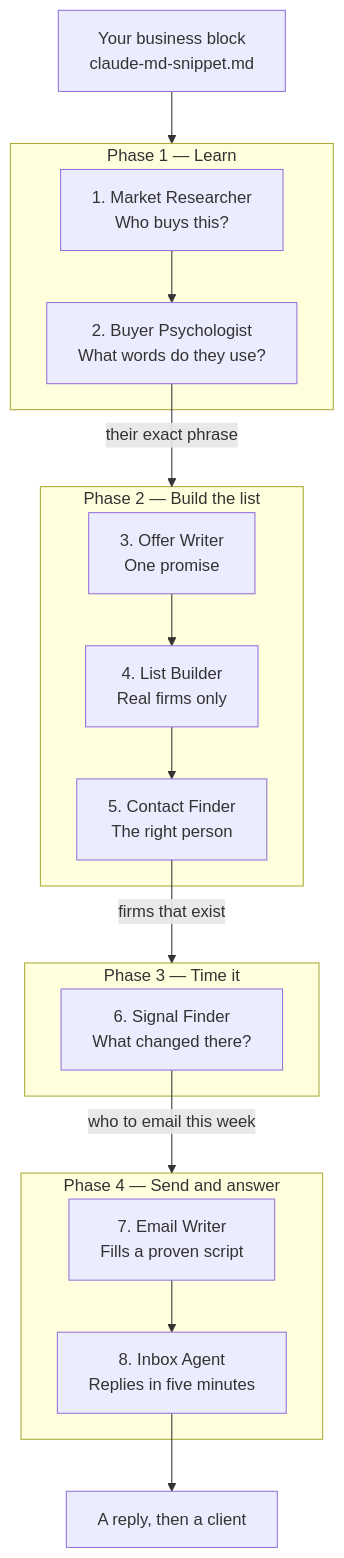
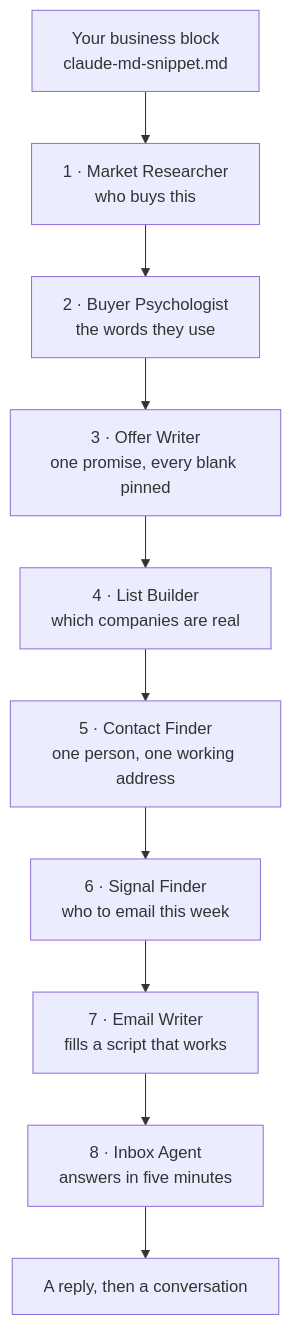
Before and after one commit to gary-chakraborty/gap-build-vault: the second of 2 diagrams in builds/outbound-agent-stack/README.md, drawn with Mermaid. The commit also changed other lines of this file, not shown here.

Commit message:
Eight agents, eight steps — drop the phase groupings
Gary: if there are eight agents there are eight steps. The four-phase
grouping was an extra layer of structure that carried no information the
numbers do not already carry.

The map is now a straight 1 through 8 chain, and the build sections are
Step 0, Steps 1-2, Steps 3-5, Step 6, Steps 7-8.

````diff
--- a/builds/outbound-agent-stack/README.md
+++ b/builds/outbound-agent-stack/README.md
@@ -54,25 +51,12 @@
 ```mermaid
 flowchart TD
-  K["Your business block<br/>claude-md-snippet.md"] --> P1
-
-  subgraph P1["Phase 1 — Learn"]
-    A1["1. Market Researcher<br/>Who buys this?"] --> A2["2. Buyer Psychologist<br/>What words do they use?"]
-  end
-  A2 -->|"their exact phrase"| P2
-
-  subgraph P2["Phase 2 — Build the list"]
-    A3["3. Offer Writer<br/>One promise"] --> A4["4. List Builder<br/>Real firms only"]
-    A4 --> A5["5. Contact Finder<br/>The right person"]
-  end
-  A5 -->|"firms that exist"| P3
-
-  subgraph P3["Phase 3 — Time it"]
-    A6["6. Signal Finder<br/>What changed there?"]
-  end
-  A6 -->|"who to email this week"| P4
-
-  subgraph P4["Phase 4 — Send and answer"]
-    A7["7. Email Writer<br/>Fills a proven script"] --> A8["8. Inbox Agent<br/>Replies in five minutes"]
-  end
-  A8 --> R["A reply, then a client"]
+  K["Your business block<br/>claude-md-snippet.md"] --> A1
+  A1["1 · Market Researcher<br/>who buys this"] --> A2["2 · Buyer Psychologist<br/>the words they use"]
+  A2 --> A3["3 · Offer Writer<br/>one promise, every blank pinned"]
+  A3 --> A4["4 · List Builder<br/>which companies are real"]
+  A4 --> A5["5 · Contact Finder<br/>one person, one working address"]
+  A5 --> A6["6 · Signal Finder<br/>who to email this week"]
+  A6 --> A7["7 · Email Writer<br/>fills a script that works"]
+  A7 --> A8["8 · Inbox Agent<br/>answers in five minutes"]
+  A8 --> R["A reply, then a conversation"]
 ```
````
